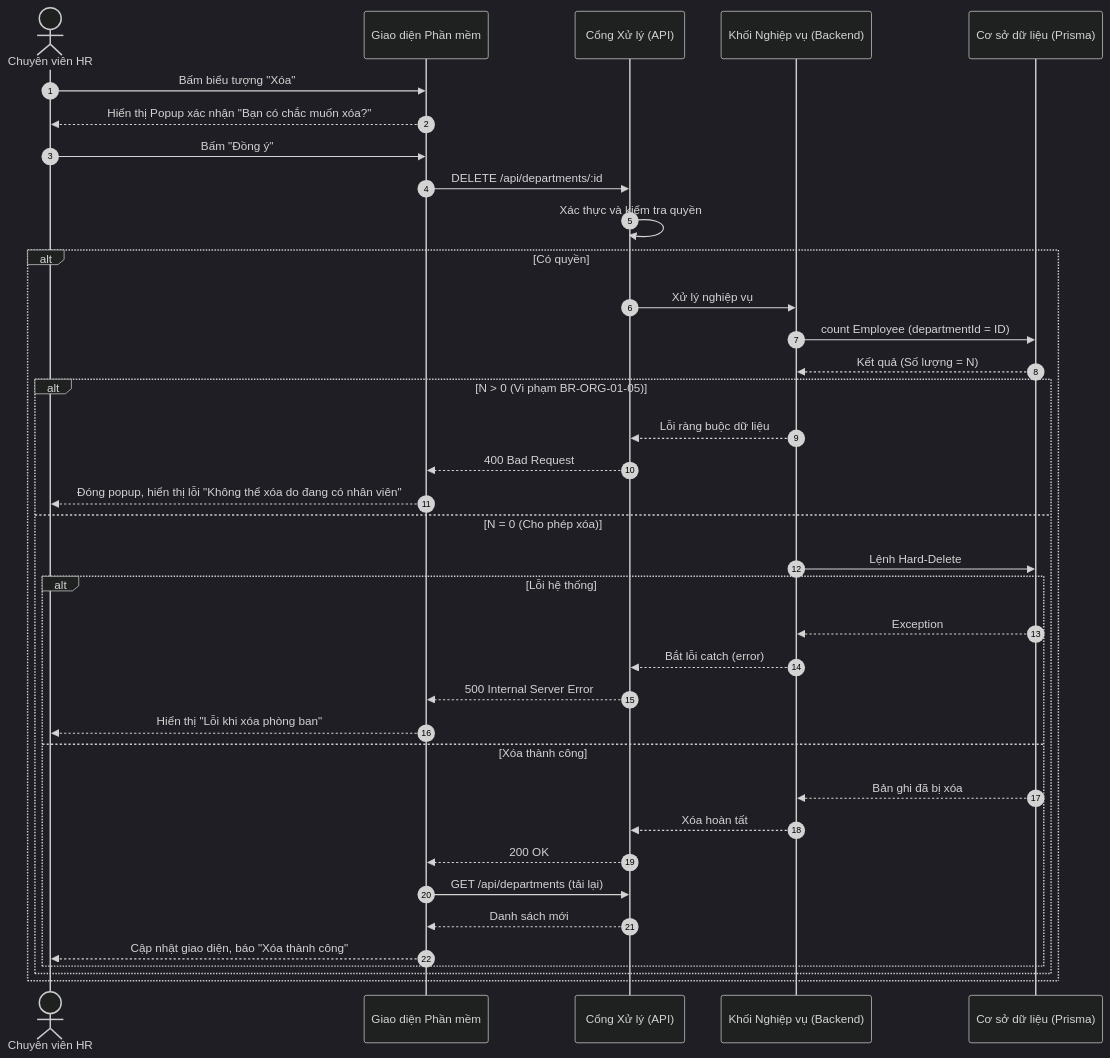
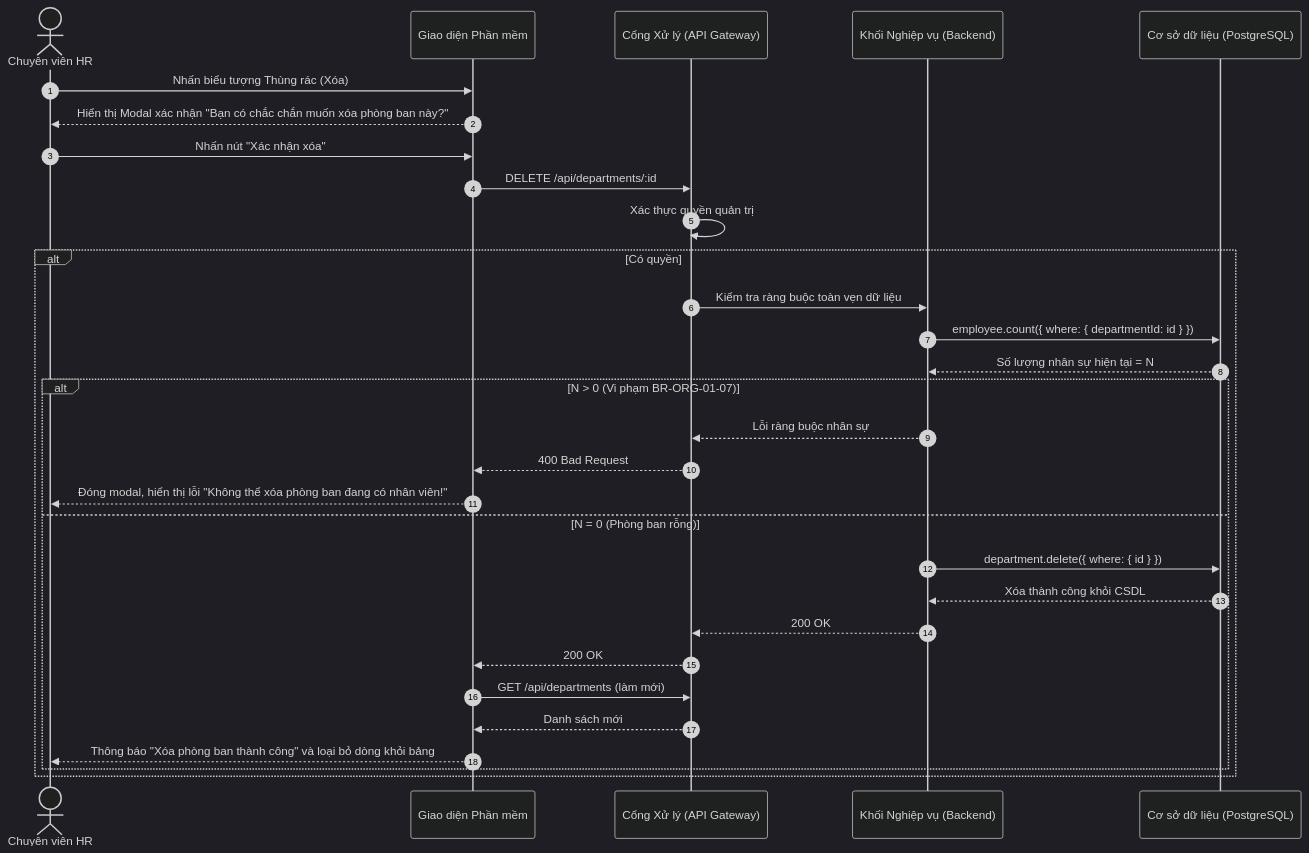
The tenth of 10 diagrams in docs/Tài liệu phân tích nghiệp vụ từng module/Module Tổ chức/Chuc-nang-Quan-ly-Phong-ban.md (aye2710/HRM-DATN), drawn with Mermaid (dark theme) before and after one commit. The commit also changed other lines of this file and 27 other files, not shown here.

````diff
--- a/docs/Tài liệu phân tích nghiệp vụ từng module/Module Tổ chức/Chuc-nang-Quan-ly-Phong-ban.md
+++ b/docs/Tài liệu phân tích nghiệp vụ từng module/Module Tổ chức/Chuc-nang-Quan-ly-Phong-ban.md
@@ -174,43 +398,35 @@
 ```mermaid
 sequenceDiagram
     autonumber
     actor HR as Chuyên viên HR
     participant FE as Giao diện Phần mềm
-    participant API as Cổng Xử lý (API)
+    participant API as Cổng Xử lý (API Gateway)
     participant BE as Khối Nghiệp vụ (Backend)
-    participant DB as Cơ sở dữ liệu (Prisma)
+    participant DB as Cơ sở dữ liệu (PostgreSQL)
 
-    HR->>FE: Bấm biểu tượng "Xóa"
-    FE-->>HR: Hiển thị Popup xác nhận "Bạn có chắc muốn xóa?"
+    HR->>FE: Nhấn biểu tượng Thùng rác (Xóa)
+    FE-->>HR: Hiển thị Modal xác nhận "Bạn có chắc chắn muốn xóa phòng ban này?"
     
-    HR->>FE: Bấm "Đồng ý"
+    HR->>FE: Nhấn nút "Xác nhận xóa"
     FE->>API: DELETE /api/departments/:id
     
-    API->>API: Xác thực và kiểm tra quyền
+    API->>API: Xác thực quyền quản trị
     alt Có quyền
-        API->>BE: Xử lý nghiệp vụ
-        BE->>DB: count Employee (departmentId = ID)
-        DB-->>BE: Kết quả (Số lượng = N)
-        
-        alt N > 0 (Vi phạm BR-ORG-01-05)
-            BE-->>API: Lỗi ràng buộc dữ liệu
+        API->>BE: Kiểm tra ràng buộc toàn vẹn dữ liệu
+        BE->>DB: employee.count({ where: { departmentId: id } })
+        DB-->>BE: Số lượng nhân sự hiện tại = N
+        alt N > 0 (Vi phạm BR-ORG-01-07)
+            BE-->>API: Lỗi ràng buộc nhân sự
             API-->>FE: 400 Bad Request
-            FE-->>HR: Đóng popup, hiển thị lỗi "Không thể xóa do đang có nhân viên"
-        else N = 0 (Cho phép xóa)
-            BE->>DB: Lệnh Hard-Delete
-            alt Lỗi hệ thống
-                DB-->>BE: Exception
-                BE-->>API: Bắt lỗi catch (error)
-                API-->>FE: 500 Internal Server Error
-                FE-->>HR: Hiển thị "Lỗi khi xóa phòng ban"
-            else Xóa thành công
-                DB-->>BE: Bản ghi đã bị xóa
-                BE-->>API: Xóa hoàn tất
-                API-->>FE: 200 OK
-                FE->>API: GET /api/departments (tải lại)
-                API-->>FE: Danh sách mới
-                FE-->>HR: Cập nhật giao diện, báo "Xóa thành công"
-            end
+            FE-->>HR: Đóng modal, hiển thị lỗi "Không thể xóa phòng ban đang có nhân viên!"
+        else N = 0 (Phòng ban rỗng)
+            BE->>DB: department.delete({ where: { id } })
+            DB-->>BE: Xóa thành công khỏi CSDL
+            BE-->>API: 200 OK
+            API-->>FE: 200 OK
+            FE->>API: GET /api/departments (làm mới)
+            API-->>FE: Danh sách mới
+            FE-->>HR: Thông báo "Xóa phòng ban thành công" và loại bỏ dòng khỏi bảng
         end
     end
 ```
````
